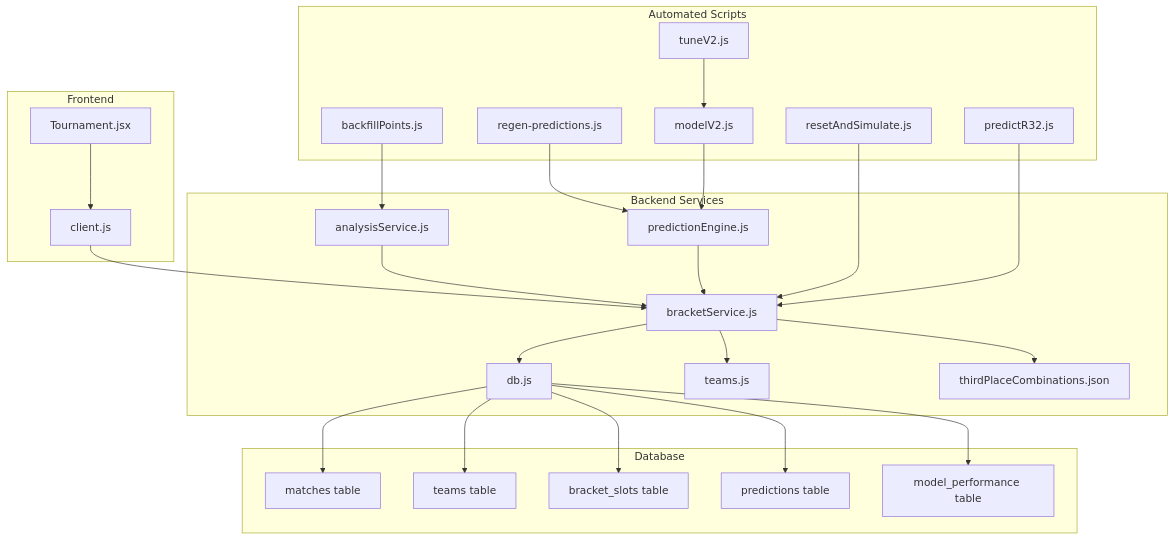
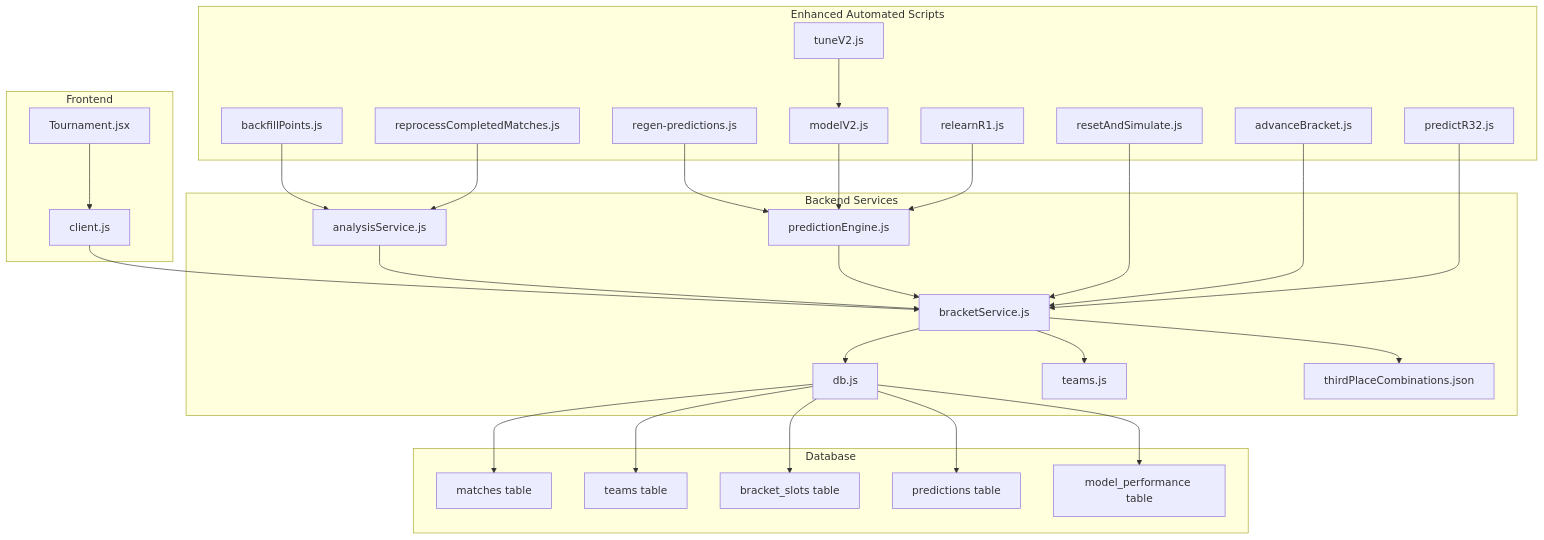
Before and after one commit to cheesiong/WC26-qwen: the first of 10 diagrams in .qoder/repowiki/en/content/Tournament Management/Bracket Service.md, drawn with Mermaid. The commit also changed other lines of this file and 4 other files, not shown here.

````diff
--- a/.qoder/repowiki/en/content/Tournament Management/Bracket Service.md
+++ b/.qoder/repowiki/en/content/Tournament Management/Bracket Service.md
@@ -50,48 +52,54 @@
 ```mermaid
 graph TB
 subgraph "Backend Services"
 BS[bracketService.js]
 AS[analysisService.js]
 DB[db.js]
 TEAMS[teams.js]
 TP[thirdPlaceCombinations.json]
 PE[predictionEngine.js]
 end
-subgraph "Automated Scripts"
+subgraph "Enhanced Automated Scripts"
 RS[resetAndSimulate.js]
+AB[advanceBracket.js]
 RP[regen-predictions.js]
 PR[predictR32.js]
 MV[modelV2.js]
 TV[tuneV2.js]
 BP[backfillPoints.js]
+RL[relearnR1.js]
+RCM[reprocessCompletedMatches.js]
 end
 subgraph "Frontend"
 FE[Tournament.jsx]
 API[client.js]
 end
 subgraph "Database"
 MATCHES[matches table]
 TEAMS_TBL[teams table]
 BRACKET_SLOTS[bracket_slots table]
 PREDICTIONS[predictions table]
 MODEL_PERFORMANCE[model_performance table]
 end
 FE --> API
 API --> BS
 BS --> DB
 AS --> BS
 BS --> TEAMS
 BS --> TP
 PE --> BS
 RS --> BS
+AB --> BS
 RP --> PE
 PR --> BS
 MV --> PE
 TV --> MV
 BP --> AS
+RL --> PE
+RCM --> AS
 DB --> MATCHES
 DB --> TEAMS_TBL
 DB --> BRACKET_SLOTS
 DB --> PREDICTIONS
 DB --> MODEL_PERFORMANCE
 ```
````
